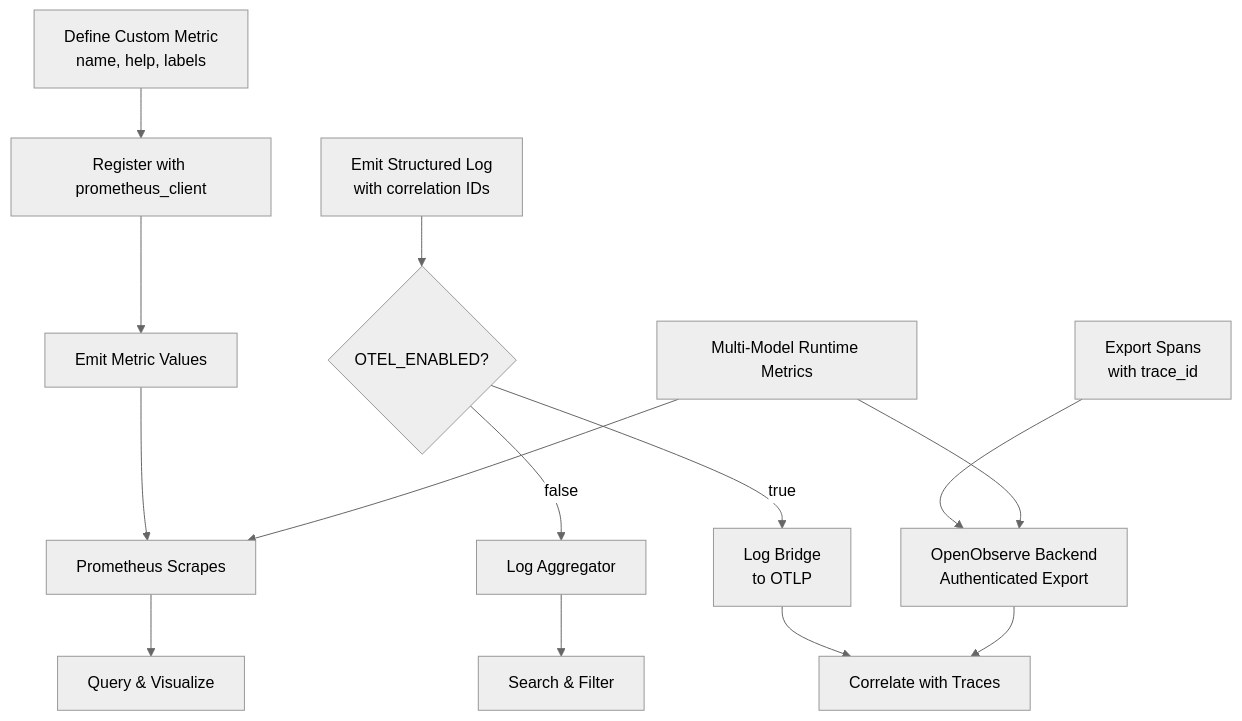
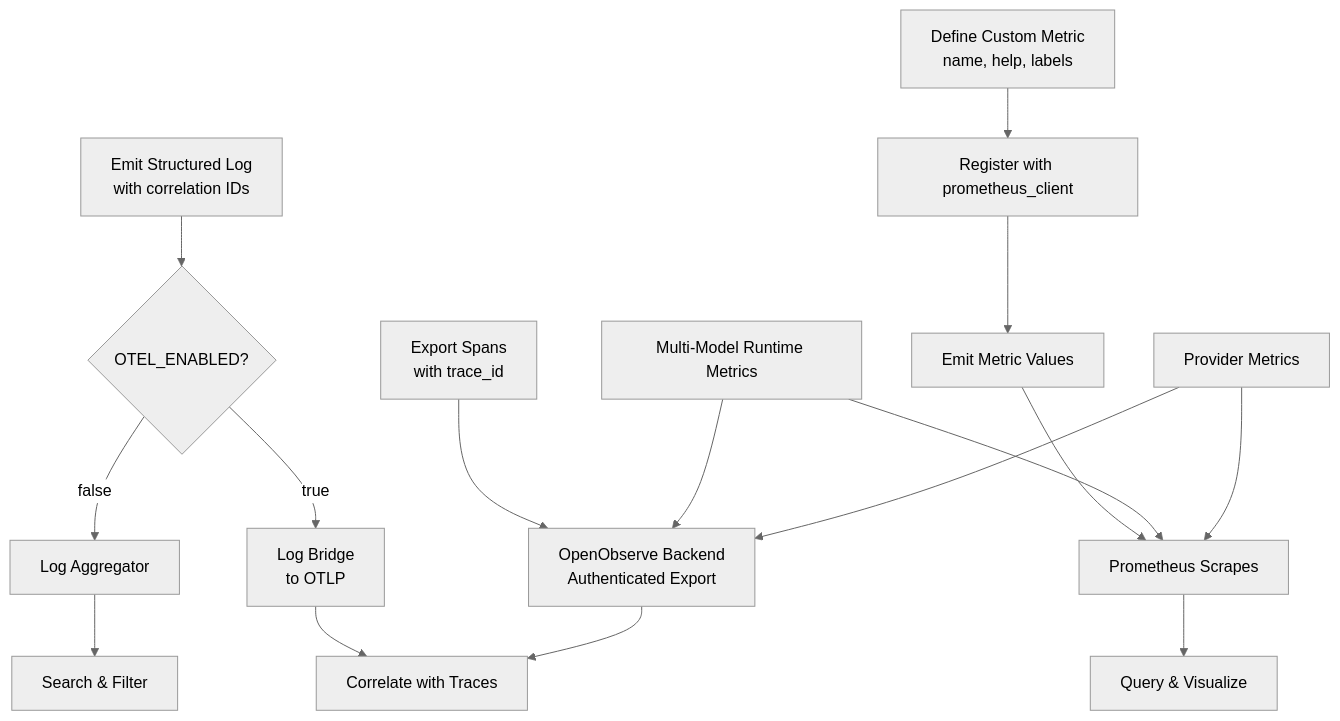
Diagram 11 of 12 in .qoder/repowiki/en/content/Monitoring and Observability/Monitoring and Observability.md (metasync/luban-aiops), drawn with Mermaid (neutral theme) before and after one commit. The commit also changed other lines of this file and 7 other files, not shown here.

````diff
--- a/.qoder/repowiki/en/content/Monitoring and Observability/Monitoring and Observability.md
+++ b/.qoder/repowiki/en/content/Monitoring and Observability/Monitoring and Observability.md
@@ -588,16 +624,18 @@
 ```mermaid
 flowchart TD
 DefineMetric["Define Custom Metric<br/>name, help, labels"] --> Register["Register with prometheus_client"]
 Register --> Emit["Emit Metric Values"]
 Emit --> Scrape["Prometheus Scrapes"]
 Scrape --> Query["Query & Visualize"]
 EmitLog["Emit Structured Log<br/>with correlation IDs"] --> CheckOTEL{"OTEL_ENABLED?"}
 CheckOTEL --> |false| Aggregate["Log Aggregator"]
 CheckOTEL --> |true| Bridge["Log Bridge<br/>to OTLP"]
 Bridge --> Correlate["Correlate with Traces"]
 Aggregate --> Search["Search & Filter"]
 ExportTrace["Export Spans<br/>with trace_id"] --> OpenObserve["OpenObserve Backend<br/>Authenticated Export"]
 OpenObserve --> Correlate
 NewMetrics["Multi-Model Runtime Metrics"] --> Scrape
 NewMetrics --> OpenObserve
+LubanMetrics["Provider Metrics"] --> Scrape
+LubanMetrics --> OpenObserve
 ```
````
